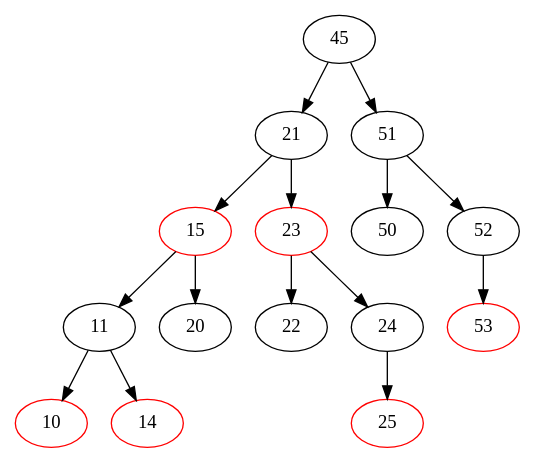
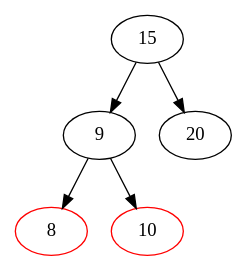
One commit to ChrisChV/Semestre4 changed the diagram in AED CHRISTIAN/RedBlack/eje.dot. Above: the diagram before and after it, drawn with Graphviz. The commit also changed 31 other files, not shown here.

```diff
--- a/AED CHRISTIAN/RedBlack/eje.dot
+++ b/AED CHRISTIAN/RedBlack/eje.dot
@@ -1,31 +1,11 @@
 digraph{
-45 [color=black]
-45->21
-45->51
-21 [color=black]
-21->15
-21->23
-51 [color=black]
-51->50
-51->52
-15 [color=red]
-15->11
+15 [color=black]
+15->9
 15->20
-23 [color=red]
-23->22
-23->24
-50 [color=black]
-52 [color=black]
-52->53
-11 [color=black]
-11->10
-11->14
+9 [color=black]
+9->8
+9->10
 20 [color=black]
-22 [color=black]
-24 [color=black]
-24->25
-53 [color=red]
+8 [color=red]
 10 [color=red]
-14 [color=red]
-25 [color=red]
 }
```
